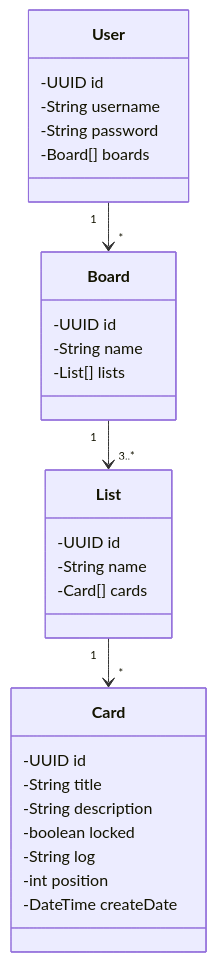
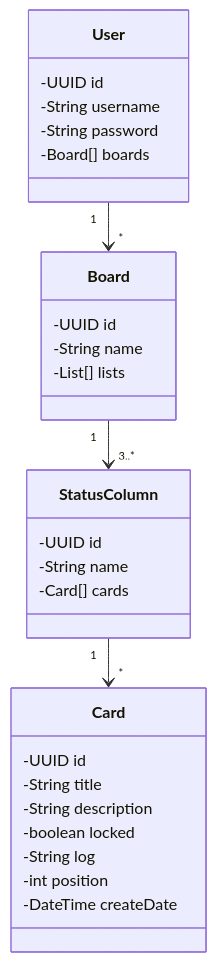
The diagram in README.md (GuhzFernandes/Kanban-API), drawn with Mermaid before and after one commit. The commit also changed 4 other files, not shown here.

````diff
--- a/README.md
+++ b/README.md
@@ -1,37 +1,37 @@
 ```mermaid
 
 classDiagram
 
     class User {
         -UUID id
         -String username
         -String password
         -Board[] boards
     }
 
     class Board {
         -UUID id
         -String name
         -List[] lists
     }
 
-    class List {
+    class StatusColumn {
         -UUID id
         -String name
         -Card[] cards
     }
 
     class Card {
         -UUID id
         -String title
         -String description
         -boolean locked
         -String log
         -int position
         -DateTime createDate
     }
 
     User "1" --> "*" Board
-    Board "1" --> "3..*" List 
-    List "1" --> "*" Card
+    Board "1" --> "3..*" StatusColumn 
+    StatusColumn "1" --> "*" Card
 ```
````
